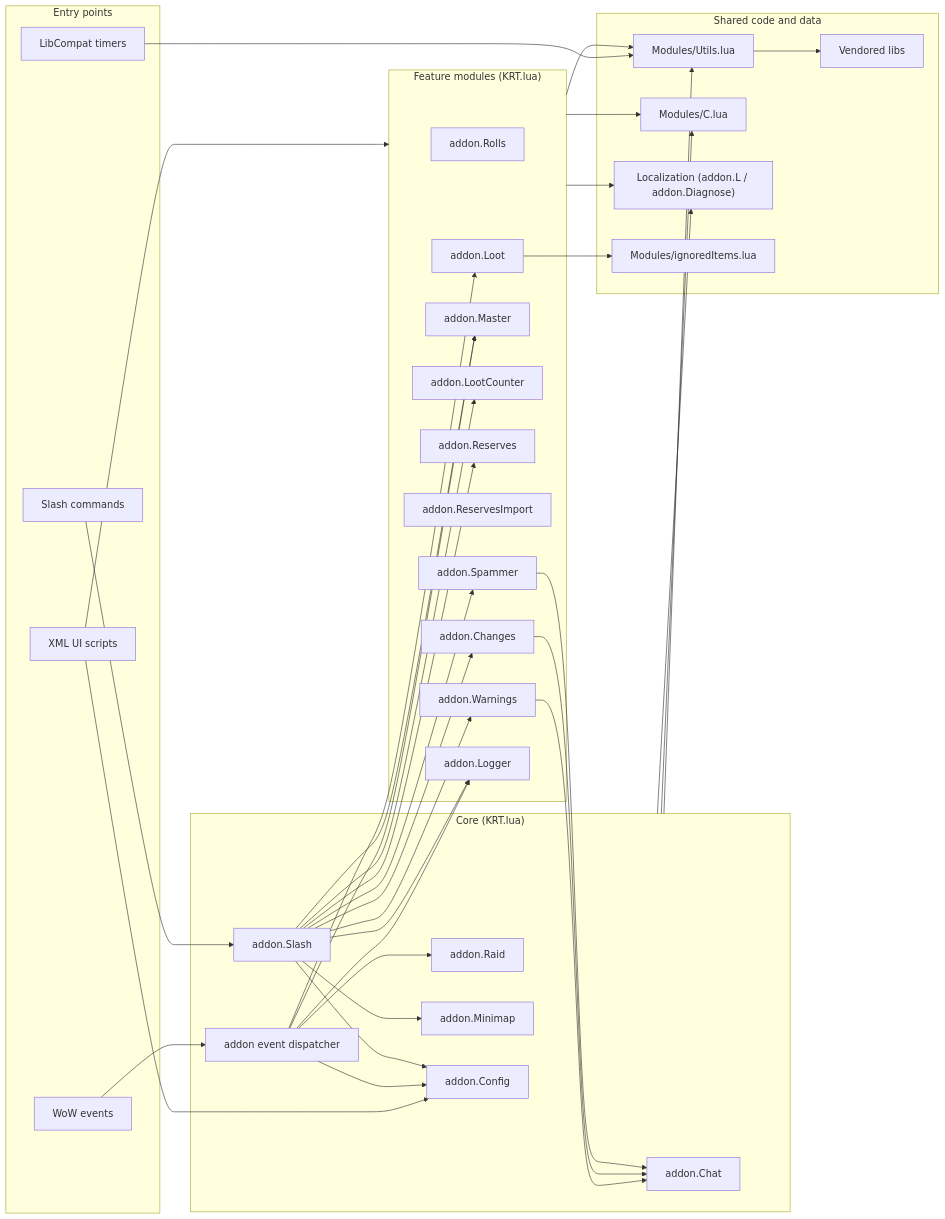
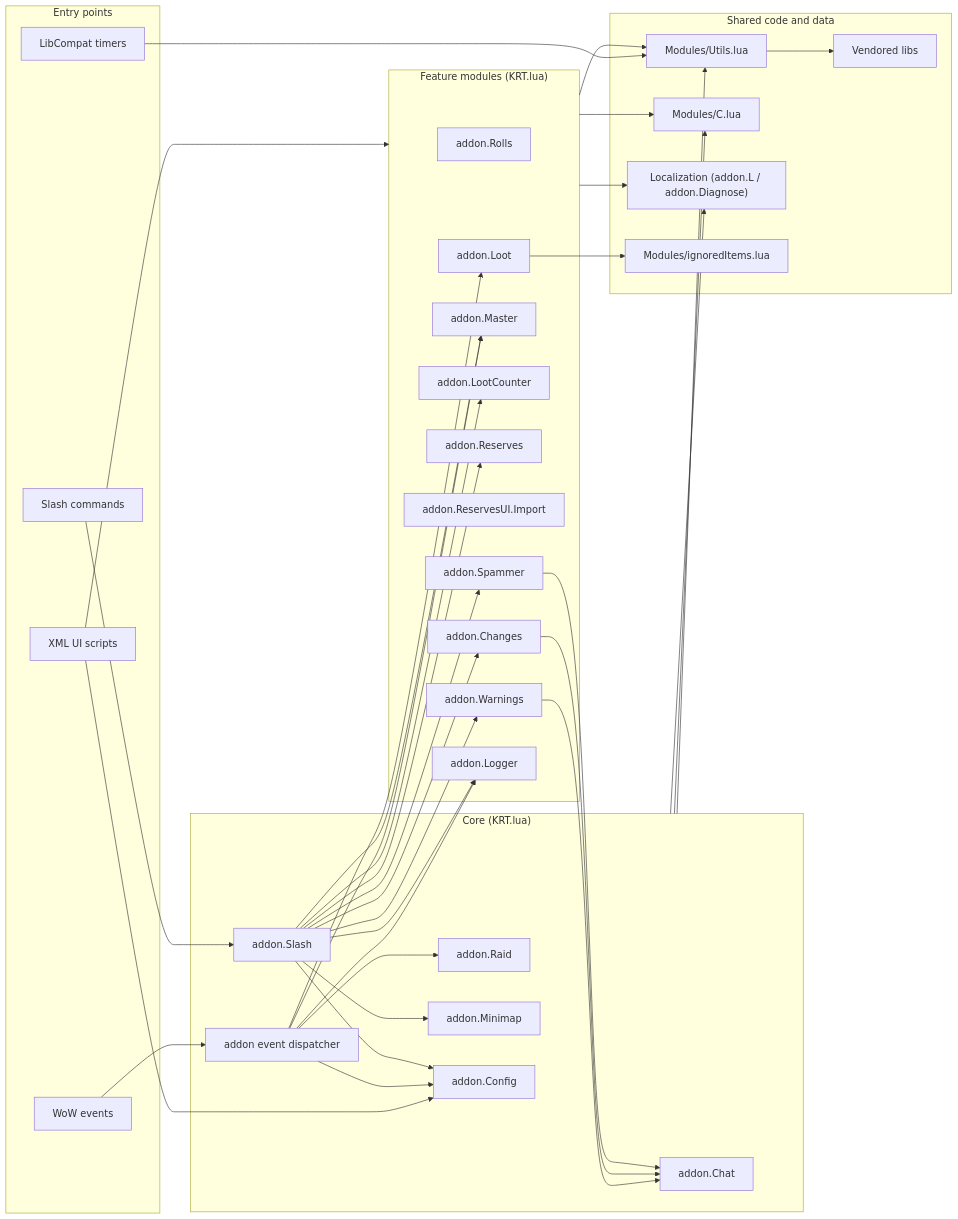
Before and after one commit to sk1zzovsmx/KRT-improved: the first of 2 diagrams in OVERVIEW.md, drawn with Mermaid. The commit also changed other lines of this file and 19 other files, not shown here.

Commit message:
feat: refactor module paths and update documentation for Reserves Import widget

````diff
--- a/OVERVIEW.md
+++ b/OVERVIEW.md
@@ -56,74 +56,74 @@
 ```mermaid
 flowchart LR
   subgraph EP["Entry points"]
     WEV["WoW events"]
     XUI["XML UI scripts"]
     SLC["Slash commands"]
     TMR["LibCompat timers"]
   end
 
   subgraph CORE["Core (KRT.lua)"]
     EVT["addon event dispatcher"]
     Slash["addon.Slash"]
     Raid["addon.Raid"]
     Chat["addon.Chat"]
     Minimap["addon.Minimap"]
     Config["addon.Config"]
   end
 
   subgraph FEATURES["Feature modules (KRT.lua)"]
     Rolls["addon.Rolls"]
     Loot["addon.Loot"]
     Master["addon.Master"]
     LootCounter["addon.LootCounter"]
     Reserves["addon.Reserves"]
-    ReservesImport["addon.ReservesImport"]
+    ReservesImportWidget["addon.ReservesUI.Import"]
     Warnings["addon.Warnings"]
     Changes["addon.Changes"]
     Spammer["addon.Spammer"]
     Logger["addon.Logger"]
   end
 
   subgraph SHARED["Shared code and data"]
     Utils["Modules/Utils.lua"]
     Cmod["Modules/C.lua"]
     L10n["Localization (addon.L / addon.Diagnose)"]
     Ignored["Modules/ignoredItems.lua"]
     Libs["Vendored libs"]
   end
 
   WEV --> EVT
   XUI --> FEATURES
   XUI --> Config
   SLC --> Slash
   TMR --> Utils
 
   EVT --> Raid
   EVT --> Loot
   EVT --> Master
   EVT --> Logger
   EVT --> Config
 
   Slash --> Master
   Slash --> Reserves
   Slash --> LootCounter
   Slash --> Warnings
   Slash --> Changes
   Slash --> Spammer
   Slash --> Logger
   Slash --> Config
   Slash --> Minimap
 
   Warnings --> Chat
   Changes --> Chat
   Spammer --> Chat
 
   FEATURES --> Utils
   FEATURES --> Cmod
   FEATURES --> L10n
   CORE --> Utils
   CORE --> Cmod
   CORE --> L10n
   Loot --> Ignored
   Utils --> Libs
 ```
````
